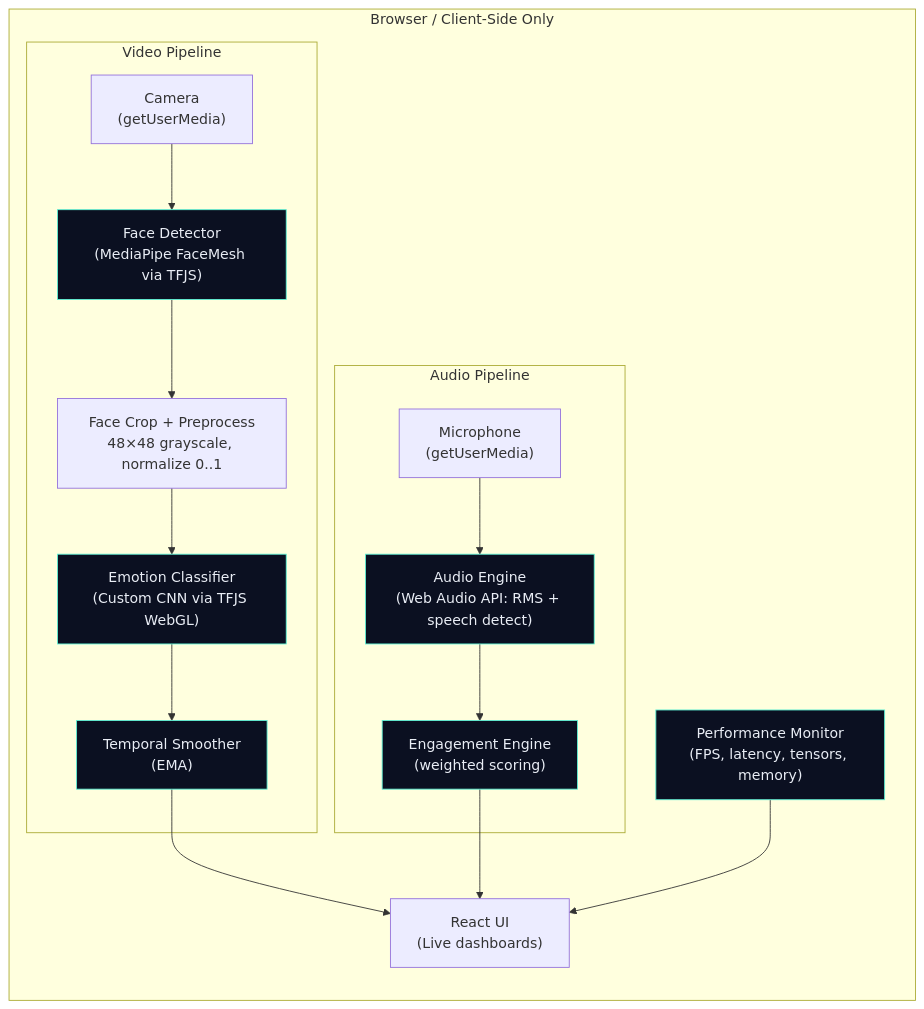
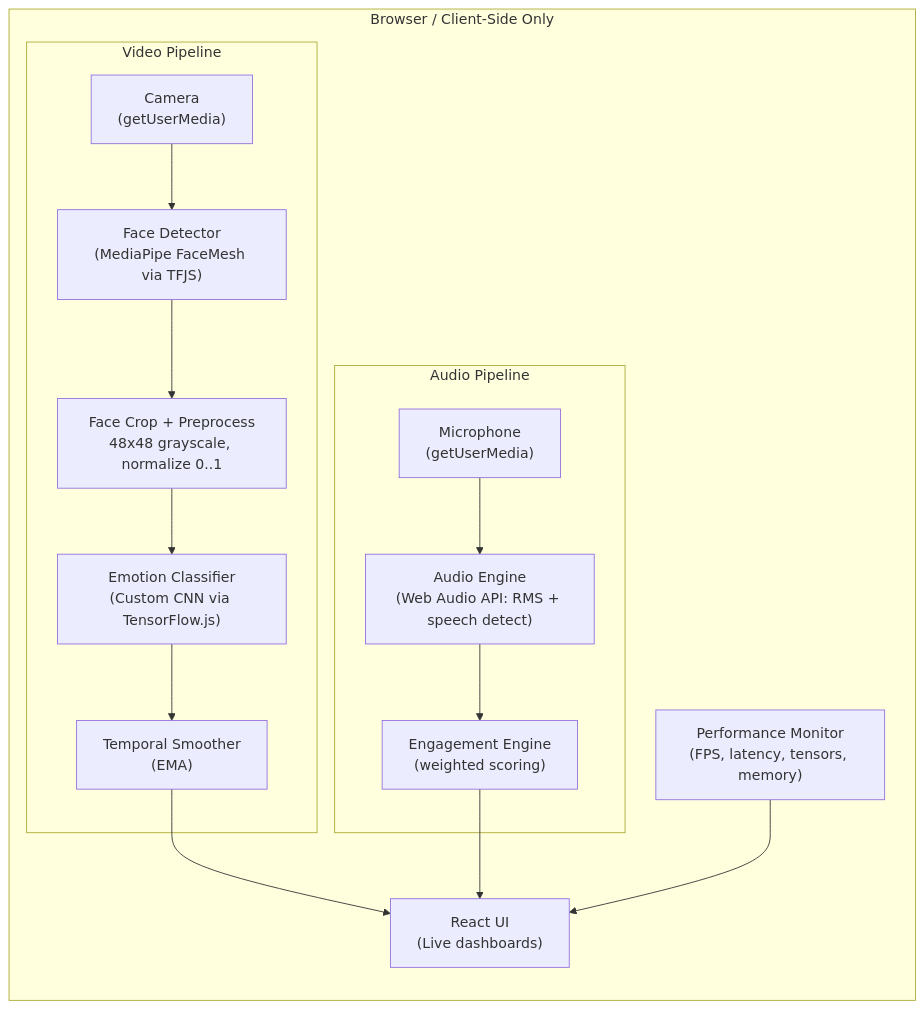
Before and after one commit to manideepsp/TensorflowJS-ReactivAI: the diagram in README.md, drawn with Mermaid. The commit also changed other lines of this file, not shown here.

Commit message:
docs: fix dev URLs and simplify Mermaid diagram

````diff
--- a/README.md
+++ b/README.md
@@ -44,29 +44,23 @@
 ```mermaid
 flowchart LR
-  %% Everything runs in the browser (no backend).
-
   subgraph B[Browser / Client-Side Only]
     subgraph V[Video Pipeline]
       Cam["Camera<br/>(getUserMedia)"] --> FD["Face Detector<br/>(MediaPipe FaceMesh via TFJS)"]
-      FD --> Crop["Face Crop + Preprocess<br/>48×48 grayscale, normalize 0..1"]
-      Crop --> EC["Emotion Classifier<br/>(Custom CNN via TFJS WebGL)"]
+      FD --> Crop["Face Crop + Preprocess<br/>48x48 grayscale, normalize 0..1"]
+      Crop --> EC["Emotion Classifier<br/>(Custom CNN via TensorFlow.js)"]
       EC --> TS["Temporal Smoother<br/>(EMA)"]
     end
 
     subgraph A[Audio Pipeline]
       Mic["Microphone<br/>(getUserMedia)"] --> AE["Audio Engine<br/>(Web Audio API: RMS + speech detect)"]
       AE --> EE["Engagement Engine<br/>(weighted scoring)"]
     end
 
     PM["Performance Monitor<br/>(FPS, latency, tensors, memory)"]
     UI["React UI<br/>(Live dashboards)"]
 
     TS --> UI
     EE --> UI
     PM --> UI
   end
-
-  %% Rendering hints
-  classDef core fill:#0b1021,stroke:#5df2d6,color:#e9edf5;
-  class FD,EC,AE,EE,TS,PM core;
 ```
````
